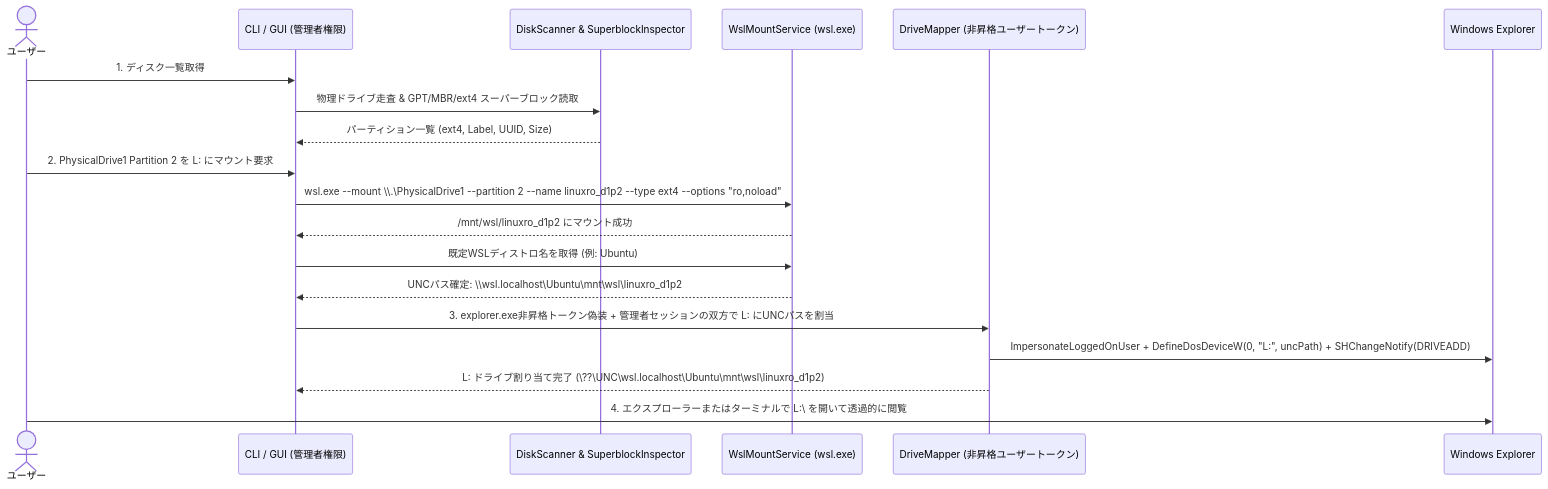
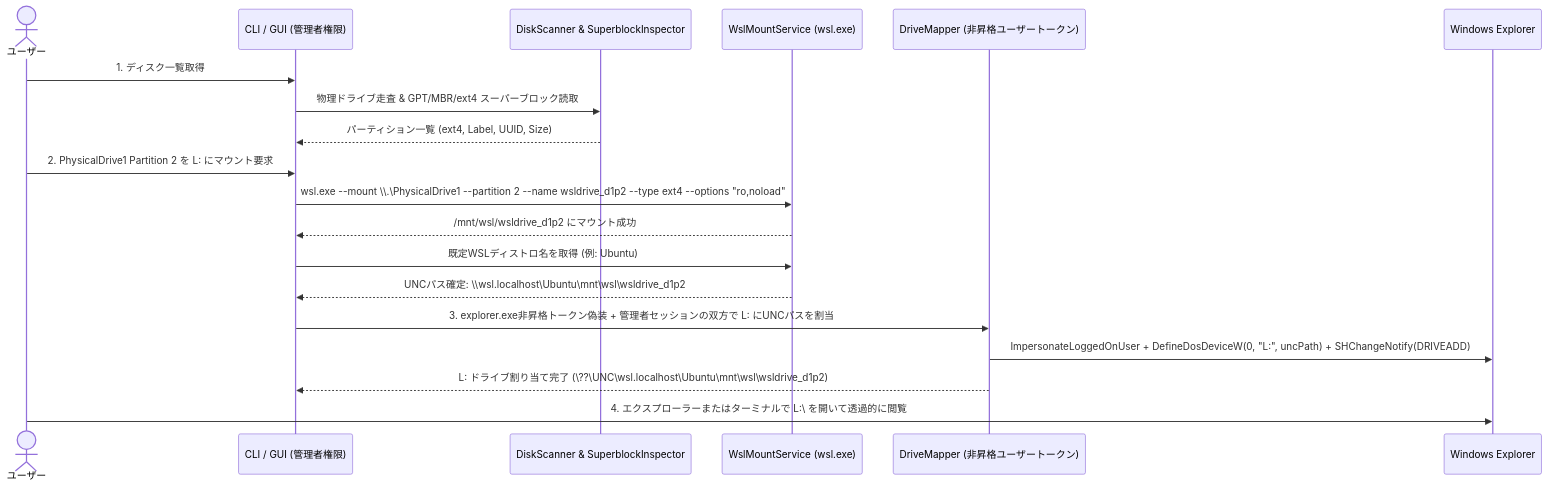
One commit to totatake/WslDrive changed the second of 2 diagrams in docs/architecture_and_plan.md. Above: the diagram before and after it, drawn with Mermaid. The commit also changed other lines of this file and 60 other files, not shown here.

Commit message:
Rename LinuxRoDrive to WslDrive and add optional Read-Write mount support

````diff
--- a/docs/architecture_and_plan.md
+++ b/docs/architecture_and_plan.md
@@ -200,26 +201,26 @@
 ```mermaid
 sequenceDiagram
     actor User as ユーザー
     participant UI as CLI / GUI (管理者権限)
     participant Scanner as DiskScanner & SuperblockInspector
     participant Wsl as WslMountService (wsl.exe)
     participant Mapper as DriveMapper (非昇格ユーザートークン)
     participant Exp as Windows Explorer
 
     User->>UI: 1. ディスク一覧取得
     UI->>Scanner: 物理ドライブ走査 & GPT/MBR/ext4 スーパーブロック読取
     Scanner-->>UI: パーティション一覧 (ext4, Label, UUID, Size)
 
     User->>UI: 2. PhysicalDrive1 Partition 2 を L: にマウント要求
-    UI->>Wsl: wsl.exe --mount \\.\PhysicalDrive1 --partition 2 --name linuxro_d1p2 --type ext4 --options "ro,noload"
-    Wsl-->>UI: /mnt/wsl/linuxro_d1p2 にマウント成功
+    UI->>Wsl: wsl.exe --mount \\.\PhysicalDrive1 --partition 2 --name wsldrive_d1p2 --type ext4 --options "ro,noload"
+    Wsl-->>UI: /mnt/wsl/wsldrive_d1p2 にマウント成功
 
     UI->>Wsl: 既定WSLディストロ名を取得 (例: Ubuntu)
-    Wsl-->>UI: UNCパス確定: \\wsl.localhost\Ubuntu\mnt\wsl\linuxro_d1p2
+    Wsl-->>UI: UNCパス確定: \\wsl.localhost\Ubuntu\mnt\wsl\wsldrive_d1p2
 
     UI->>Mapper: 3. explorer.exe非昇格トークン偽装 + 管理者セッションの双方で L: にUNCパスを割当
     Mapper->>Exp: ImpersonateLoggedOnUser + DefineDosDeviceW(0, "L:", uncPath) + SHChangeNotify(DRIVEADD)
-    Mapper-->>UI: L: ドライブ割り当て完了 (\??\UNC\wsl.localhost\Ubuntu\mnt\wsl\linuxro_d1p2)
+    Mapper-->>UI: L: ドライブ割り当て完了 (\??\UNC\wsl.localhost\Ubuntu\mnt\wsl\wsldrive_d1p2)
 
     User->>Exp: 4. エクスプローラーまたはターミナルで L:\ を開いて透過的に閲覧
 ```
````
